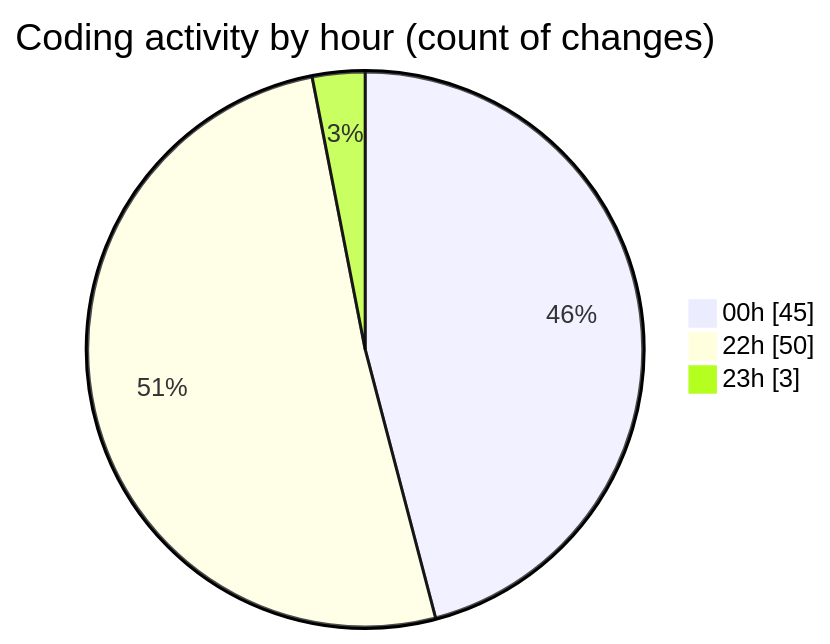
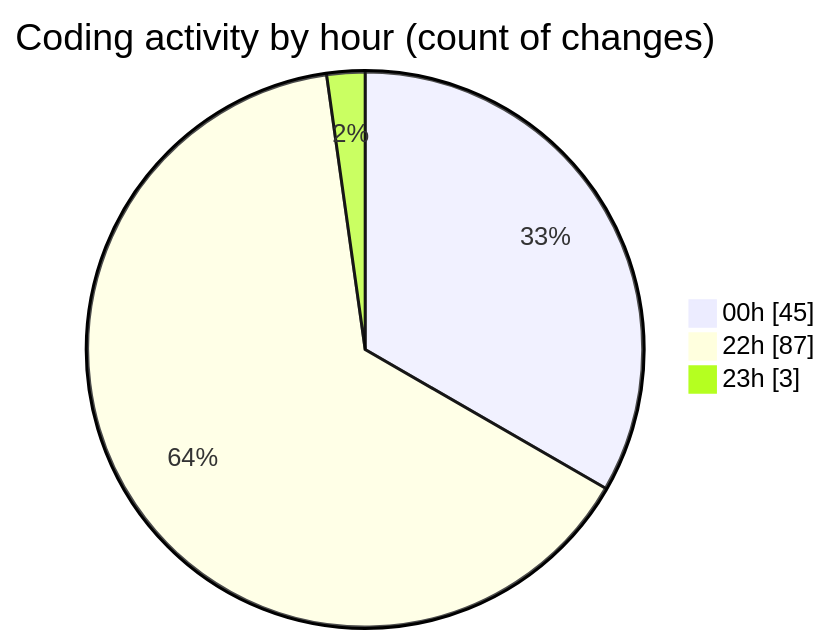
One commit to Ritupan-Deka/code-tracking changed the second of 2 diagrams in 2025-07-29/javascript/README.md. Above: the diagram before and after it, drawn with Mermaid. The commit also changed other lines of this file and 1 other file, not shown here.

````diff
--- a/2025-07-29/javascript/README.md
+++ b/2025-07-29/javascript/README.md
@@ -29,7 +29,7 @@
 ```mermaid
 pie showData
 title Coding activity by hour (count of changes)
 "00h" : 45
-"22h" : 50
+"22h" : 87
 "23h" : 3
 ```
````
